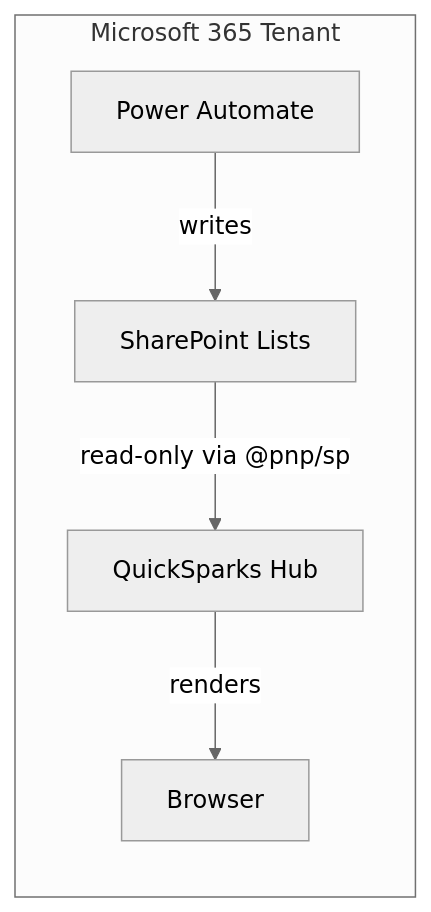
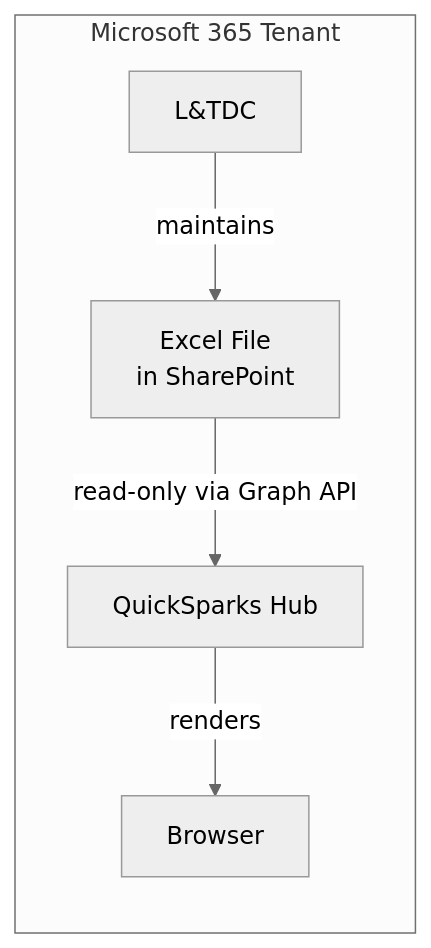
Before and after one commit to aidantrabs/quicksparks: the diagram in docs/security-model.md, drawn with Mermaid (neutral theme). The commit also changed other lines of this file and 3 other files, not shown here.

Commit message:
docs: update all documentation to reflect excel-based data architecture

````diff
--- a/docs/security-model.md
+++ b/docs/security-model.md
@@ -9,8 +9,8 @@
 ```mermaid
 flowchart LR
     subgraph Microsoft 365 Tenant
-        SP[SharePoint Lists] -->|read-only via @pnp/sp| WP[QuickSparks Hub]
+        XL[Excel File<br/>in SharePoint] -->|read-only via Graph API| WP[QuickSparks Hub]
         WP -->|renders| Browser
-        PA[Power Automate] -->|writes| SP
+        LTDC[L&TDC] -->|maintains| XL
     end
 ```
````
